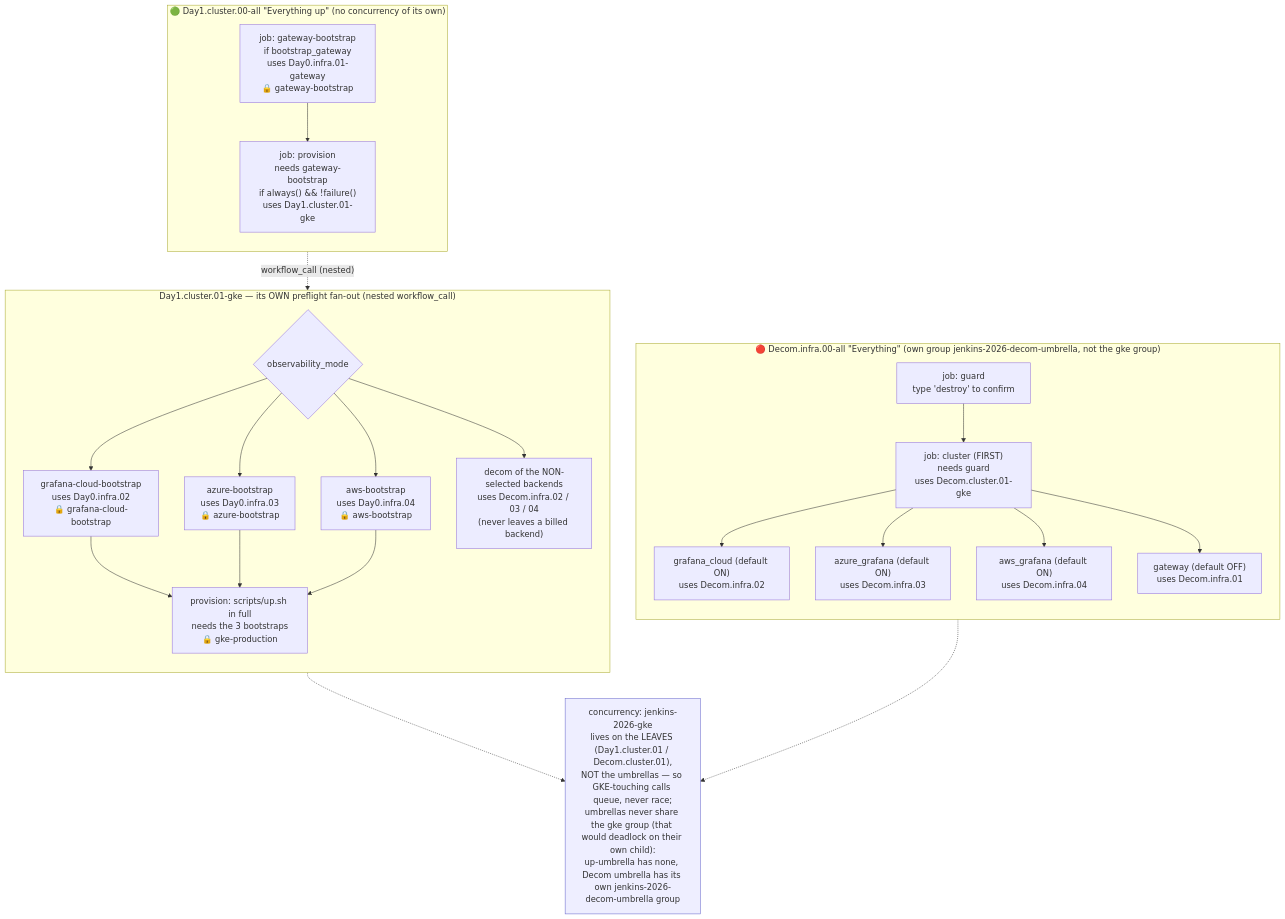
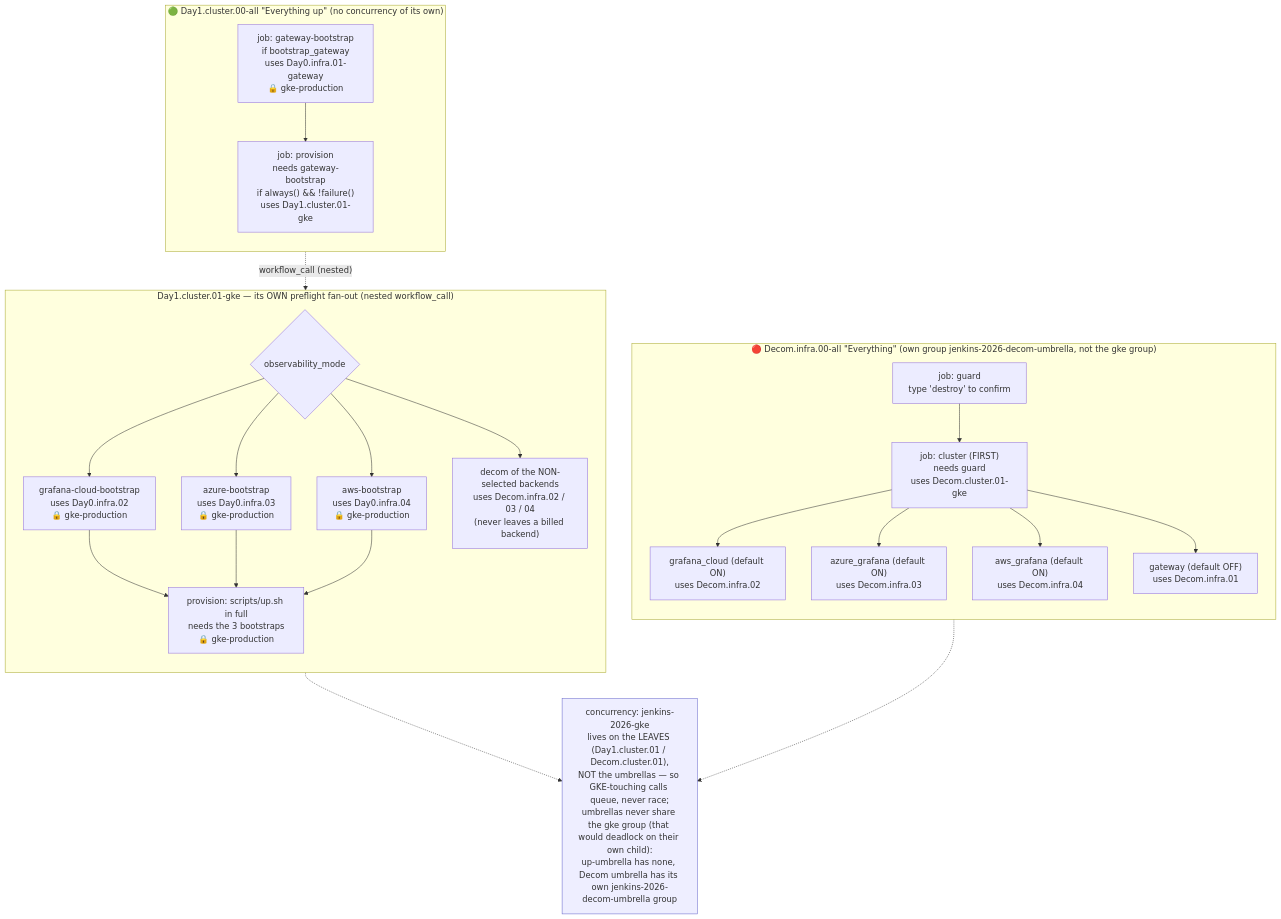
Before and after one commit to nubenetes/jenkins-2026: the second of 10 diagrams in docs/101-GITHUB_ACTIONS_WORKFLOWS.md, drawn with Mermaid. The commit also changed other lines of this file and 11 other files, not shown here.

Commit message:
refactor(gha): consolidate all environments under gke-production to prevent approval fatigue

````diff
--- a/docs/101-GITHUB_ACTIONS_WORKFLOWS.md
+++ b/docs/101-GITHUB_ACTIONS_WORKFLOWS.md
@@ -174,45 +174,45 @@
 ```mermaid
 flowchart TD
     subgraph UP["🟢 Day1.cluster.00-all &quot;Everything up&quot; (no concurrency of its own)"]
         direction TB
-        u_gw["job: gateway-bootstrap<br/>if bootstrap_gateway<br/>uses Day0.infra.01-gateway<br/>🔒 gateway-bootstrap"]
+        u_gw["job: gateway-bootstrap<br/>if bootstrap_gateway<br/>uses Day0.infra.01-gateway<br/>🔒 gke-production"]
         u_prov["job: provision<br/>needs gateway-bootstrap<br/>if always() &amp;&amp; !failure()<br/>uses Day1.cluster.01-gke"]
         u_gw --> u_prov
     end
 
     subgraph NEST["Day1.cluster.01-gke — its OWN preflight fan-out (nested workflow_call)"]
         direction TB
         n_pick{"observability_mode"}
-        n_gc["grafana-cloud-bootstrap<br/>uses Day0.infra.02<br/>🔒 grafana-cloud-bootstrap"]
-        n_az["azure-bootstrap<br/>uses Day0.infra.03<br/>🔒 azure-bootstrap"]
-        n_aws["aws-bootstrap<br/>uses Day0.infra.04<br/>🔒 aws-bootstrap"]
+        n_gc["grafana-cloud-bootstrap<br/>uses Day0.infra.02<br/>🔒 gke-production"]
+        n_az["azure-bootstrap<br/>uses Day0.infra.03<br/>🔒 gke-production"]
+        n_aws["aws-bootstrap<br/>uses Day0.infra.04<br/>🔒 gke-production"]
         n_dc["decom of the NON-selected backends<br/>uses Decom.infra.02 / 03 / 04<br/>(never leaves a billed backend)"]
         n_prov["provision: scripts/up.sh in full<br/>needs the 3 bootstraps<br/>🔒 gke-production"]
         n_pick --> n_gc --> n_prov
         n_pick --> n_az --> n_prov
         n_pick --> n_aws --> n_prov
         n_pick --> n_dc
     end
     u_prov -. "workflow_call (nested)" .-> NEST
 
     subgraph DOWN["🔴 Decom.infra.00-all &quot;Everything&quot; (own group jenkins-2026-decom-umbrella, not the gke group)"]
         direction TB
         d_guard["job: guard<br/>type 'destroy' to confirm"]
         d_cl["job: cluster (FIRST)<br/>needs guard<br/>uses Decom.cluster.01-gke"]
         d_gc["grafana_cloud (default ON)<br/>uses Decom.infra.02"]
         d_az["azure_grafana (default ON)<br/>uses Decom.infra.03"]
         d_aws["aws_grafana (default ON)<br/>uses Decom.infra.04"]
         d_gwy["gateway (default OFF)<br/>uses Decom.infra.01"]
         d_guard --> d_cl
         d_cl --> d_gc
         d_cl --> d_az
         d_cl --> d_aws
         d_cl --> d_gwy
     end
 
     serial["concurrency: jenkins-2026-gke<br/>lives on the LEAVES (Day1.cluster.01 / Decom.cluster.01),<br/>NOT the umbrellas — so GKE-touching calls queue, never race;<br/>umbrellas never share the gke group (that would deadlock on their own child):<br/>up-umbrella has none, Decom umbrella has its own jenkins-2026-decom-umbrella group"]:::note
     NEST -.-> serial
     d_cl -.-> serial
 
     classDef note fill:#eef,stroke:#66c;
 ```
````
